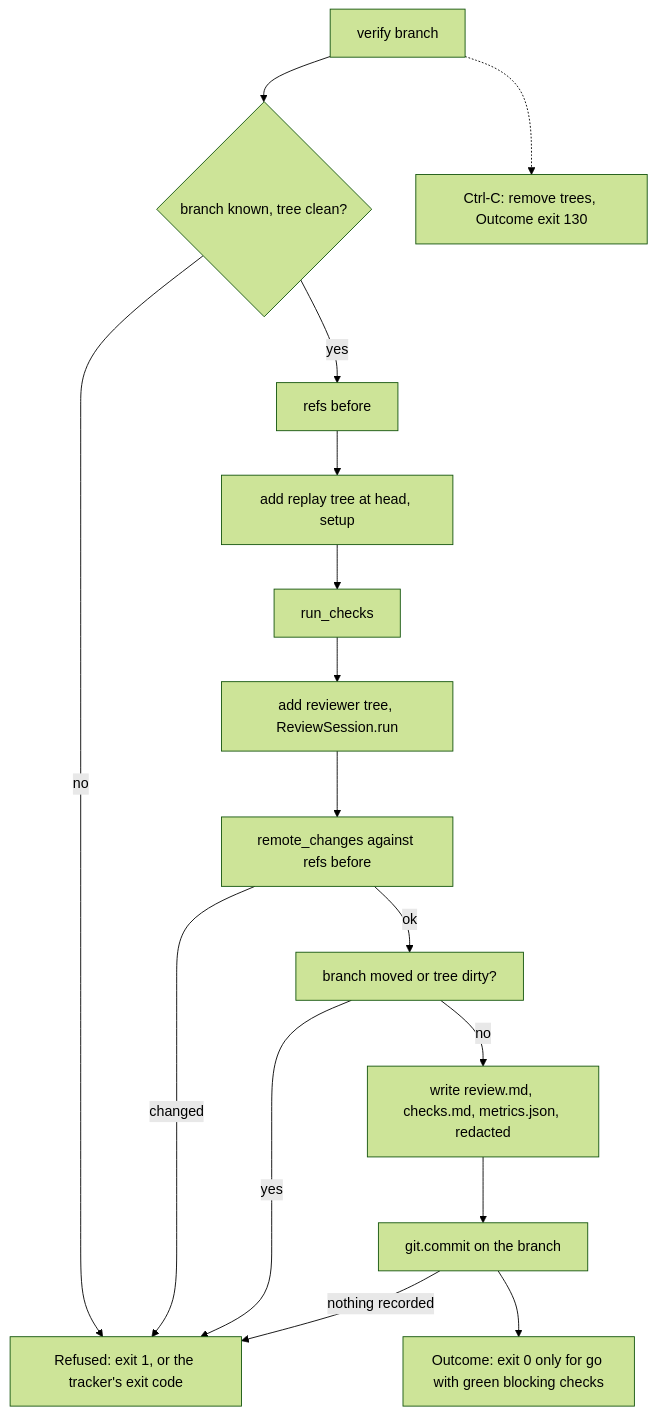
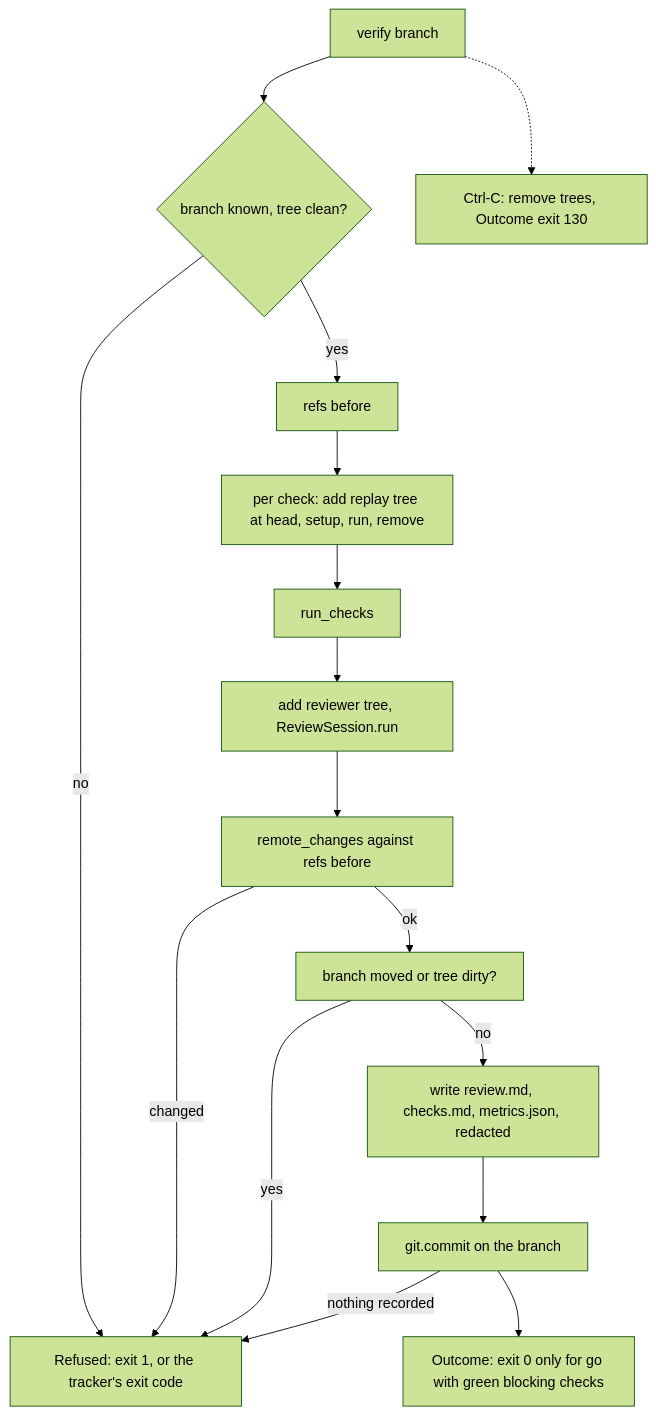
Before and after one commit to plaplanche/ariane: the first of 3 diagrams in docs/architecture/modules/verify.md, drawn with Mermaid (forest theme). The commit also changed other lines of this file and 21 other files, not shown here.

Commit message:
#133: Replay each check in its own clean working tree, as an isolated CI job runs it (C9)

````diff
--- a/docs/architecture/modules/verify.md
+++ b/docs/architecture/modules/verify.md
@@ -27,18 +27,18 @@
 ```mermaid
 flowchart TD
   A[verify branch] --> B{branch known, tree clean?}
   B -- no --> X[Refused: exit 1, or the tracker's exit code]
   B -- yes --> C[refs before]
-  C --> D[add replay tree at head, setup]
+  C --> D[per check: add replay tree at head, setup, run, remove]
   D --> E[run_checks]
   E --> F[add reviewer tree, ReviewSession.run]
   F --> G[remote_changes against refs before]
   G -- changed --> X
   G -- ok --> H[branch moved or tree dirty?]
   H -- yes --> X
   H -- no --> I[write review.md, checks.md, metrics.json, redacted]
   I --> J[git.commit on the branch]
   J -- nothing recorded --> X
   J --> K[Outcome: exit 0 only for go with green blocking checks]
   A -.-> L[Ctrl-C: remove trees, Outcome exit 130]
 ```
````
